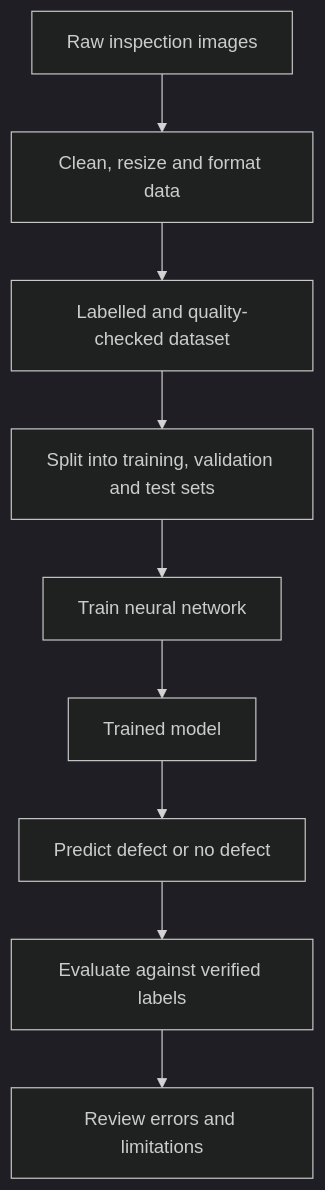
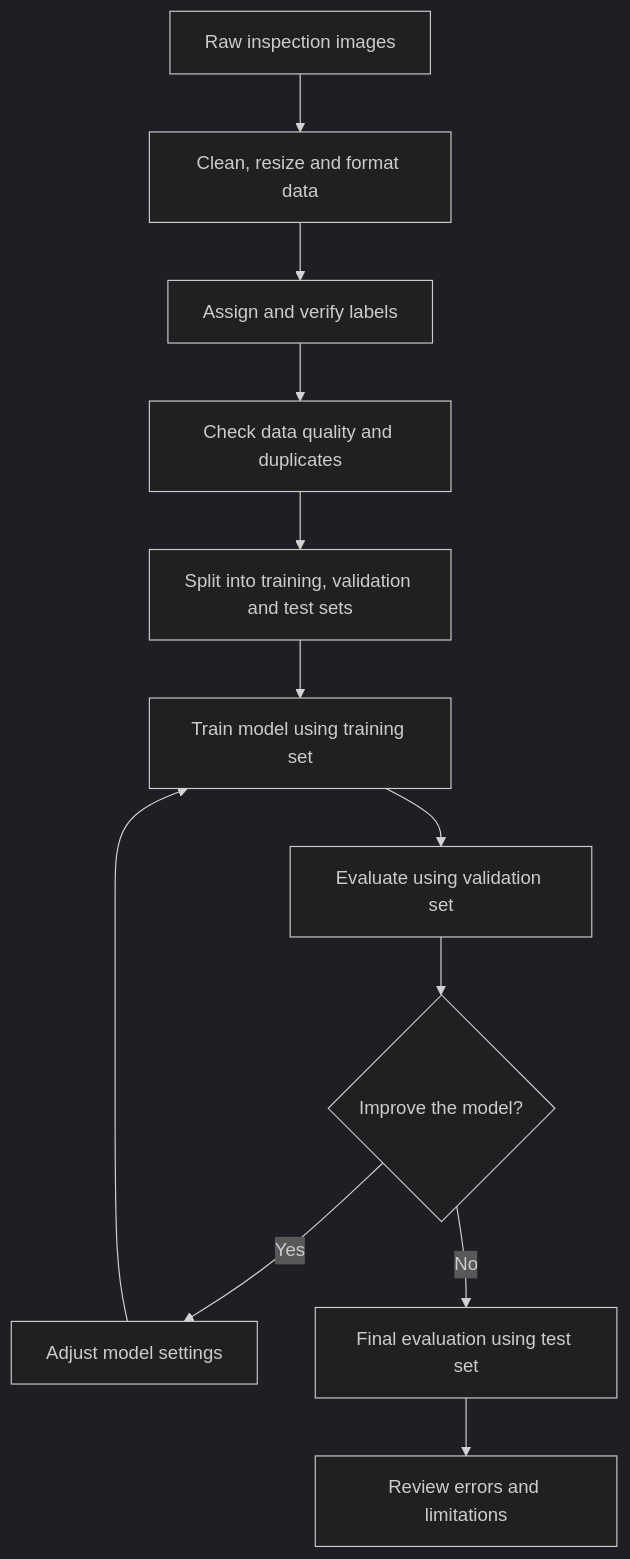
One commit to Nitheshhm/vlsiguru-ai-literacy-Nithesh.H.M changed the diagram in week-04/data_behind_deep_learning.md. Above: the diagram before and after it, drawn with Mermaid (dark theme).

````diff
--- a/week-04/data_behind_deep_learning.md
+++ b/week-04/data_behind_deep_learning.md
@@ -88,11 +88,14 @@
 ```mermaid
 flowchart TD
     A["Raw inspection images"] --> B["Clean, resize and format data"]
-    B --> C["Labelled and quality-checked dataset"]
-    C --> D["Split into training, validation and test sets"]
-    D --> E["Train neural network"]
-    E --> F["Trained model"]
-    F --> G["Predict defect or no defect"]
-    G --> H["Evaluate against verified labels"]
-    H --> I["Review errors and limitations"]
+    B --> C["Assign and verify labels"]
+    C --> D["Check data quality and duplicates"]
+    D --> E["Split into training, validation and test sets"]
+    E --> F["Train model using training set"]
+    F --> G["Evaluate using validation set"]
+    G --> H{"Improve the model?"}
+    H -- Yes --> I["Adjust model settings"]
+    I --> F
+    H -- No --> J["Final evaluation using test set"]
+    J --> K["Review errors and limitations"]
 ```
````
